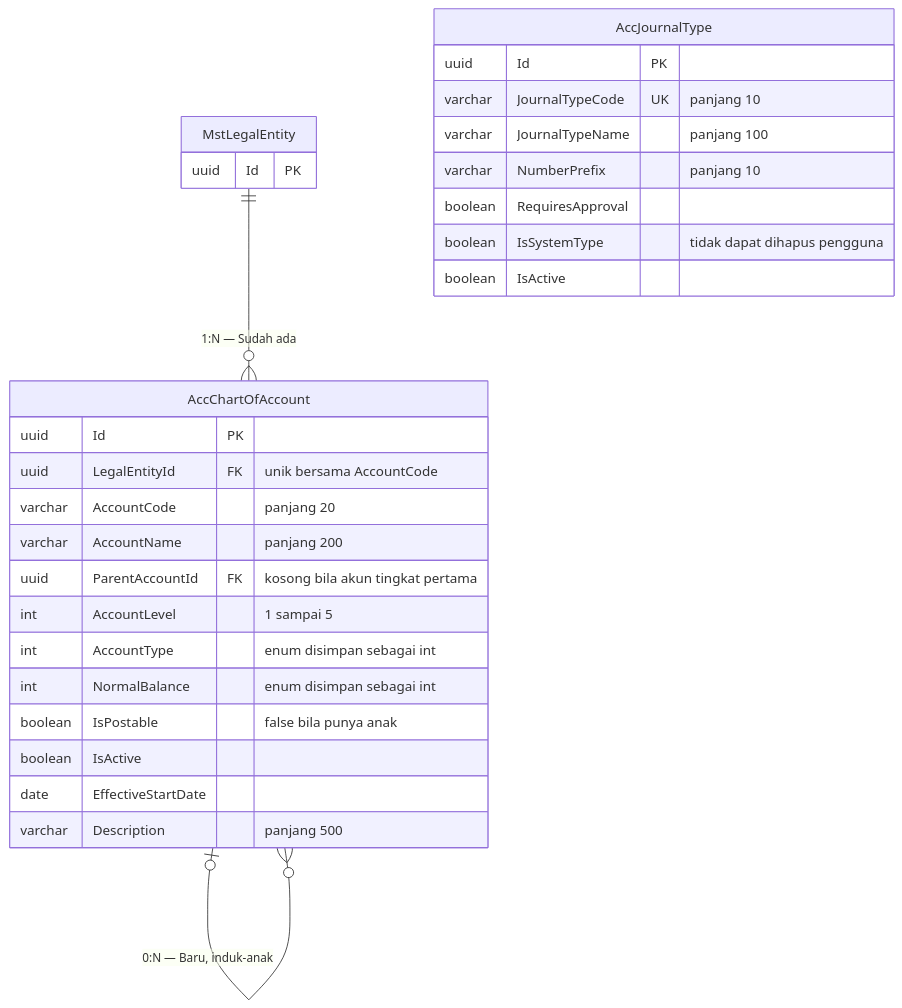
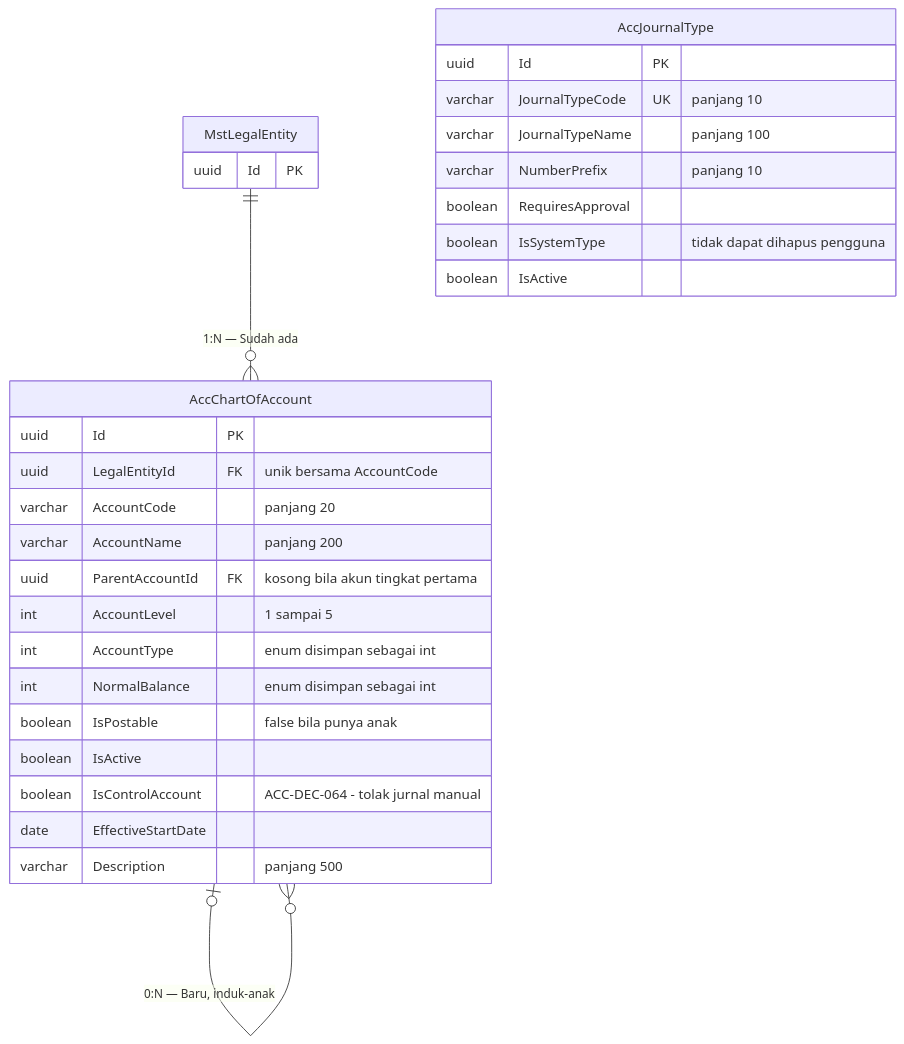
Before and after one commit to DevBenari/NewQuilvianSystemBackend: the diagram in docs/module-blueprints/accounting/erd/01-chart-of-account.md, drawn with Mermaid. The commit also changed 13 other files, not shown here.

````diff
--- a/docs/module-blueprints/accounting/erd/01-chart-of-account.md
+++ b/docs/module-blueprints/accounting/erd/01-chart-of-account.md
@@ -11,32 +11,33 @@
 ```mermaid
 erDiagram
     MstLegalEntity {
         uuid Id PK
     }
     AccChartOfAccount {
         uuid Id PK
         uuid LegalEntityId FK "unik bersama AccountCode"
         varchar AccountCode "panjang 20"
         varchar AccountName "panjang 200"
         uuid ParentAccountId FK "kosong bila akun tingkat pertama"
         int AccountLevel "1 sampai 5"
         int AccountType "enum disimpan sebagai int"
         int NormalBalance "enum disimpan sebagai int"
         boolean IsPostable "false bila punya anak"
         boolean IsActive
+        boolean IsControlAccount "ACC-DEC-064 - tolak jurnal manual"
         date EffectiveStartDate
         varchar Description "panjang 500"
     }
     AccJournalType {
         uuid Id PK
         varchar JournalTypeCode UK "panjang 10"
         varchar JournalTypeName "panjang 100"
         varchar NumberPrefix "panjang 10"
         boolean RequiresApproval
         boolean IsSystemType "tidak dapat dihapus pengguna"
         boolean IsActive
     }
 
     MstLegalEntity ||--o{ AccChartOfAccount : "1:N — Sudah ada"
     AccChartOfAccount |o--o{ AccChartOfAccount : "0:N — Baru, induk-anak"
 ```
````
